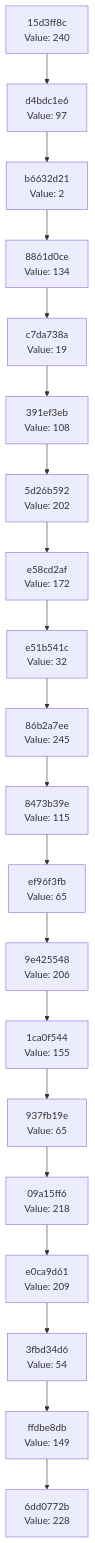
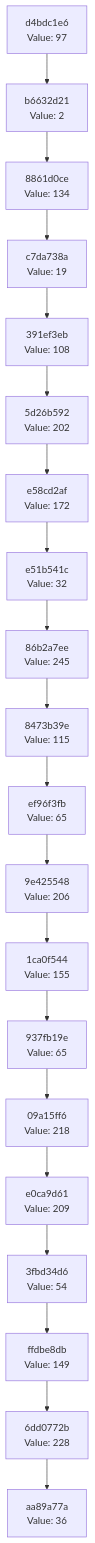
Before and after one commit to Abhisheksinha1506/hash-chain-evolver: the diagram in docs/CHAIN_VISUALIZATION.md, drawn with Mermaid. The commit also changed 2 other files, not shown here.

Commit message:
Evolution Step

````diff
--- a/docs/CHAIN_VISUALIZATION.md
+++ b/docs/CHAIN_VISUALIZATION.md
@@ -3,42 +3,42 @@
 ```mermaid
 graph TD
-    C0["6dd0772b<br/>Value: 228"]
-    C1["ffdbe8db<br/>Value: 149"]
+    C0["aa89a77a<br/>Value: 36"]
+    C1["6dd0772b<br/>Value: 228"]
     C1 --> C0
-    C2["3fbd34d6<br/>Value: 54"]
+    C2["ffdbe8db<br/>Value: 149"]
     C2 --> C1
-    C3["e0ca9d61<br/>Value: 209"]
+    C3["3fbd34d6<br/>Value: 54"]
     C3 --> C2
-    C4["09a15ff6<br/>Value: 218"]
+    C4["e0ca9d61<br/>Value: 209"]
     C4 --> C3
-    C5["937fb19e<br/>Value: 65"]
+    C5["09a15ff6<br/>Value: 218"]
     C5 --> C4
-    C6["1ca0f544<br/>Value: 155"]
+    C6["937fb19e<br/>Value: 65"]
     C6 --> C5
-    C7["9e425548<br/>Value: 206"]
+    C7["1ca0f544<br/>Value: 155"]
     C7 --> C6
-    C8["ef96f3fb<br/>Value: 65"]
+    C8["9e425548<br/>Value: 206"]
     C8 --> C7
-    C9["8473b39e<br/>Value: 115"]
+    C9["ef96f3fb<br/>Value: 65"]
     C9 --> C8
-    C10["86b2a7ee<br/>Value: 245"]
+    C10["8473b39e<br/>Value: 115"]
     C10 --> C9
-    C11["e51b541c<br/>Value: 32"]
+    C11["86b2a7ee<br/>Value: 245"]
     C11 --> C10
-    C12["e58cd2af<br/>Value: 172"]
+    C12["e51b541c<br/>Value: 32"]
     C12 --> C11
-    C13["5d26b592<br/>Value: 202"]
+    C13["e58cd2af<br/>Value: 172"]
     C13 --> C12
-    C14["391ef3eb<br/>Value: 108"]
+    C14["5d26b592<br/>Value: 202"]
     C14 --> C13
-    C15["c7da738a<br/>Value: 19"]
+    C15["391ef3eb<br/>Value: 108"]
     C15 --> C14
-    C16["8861d0ce<br/>Value: 134"]
+    C16["c7da738a<br/>Value: 19"]
     C16 --> C15
-    C17["b6632d21<br/>Value: 2"]
+    C17["8861d0ce<br/>Value: 134"]
     C17 --> C16
-    C18["d4bdc1e6<br/>Value: 97"]
+    C18["b6632d21<br/>Value: 2"]
     C18 --> C17
-    C19["15d3ff8c<br/>Value: 240"]
+    C19["d4bdc1e6<br/>Value: 97"]
     C19 --> C18
 ```
````
